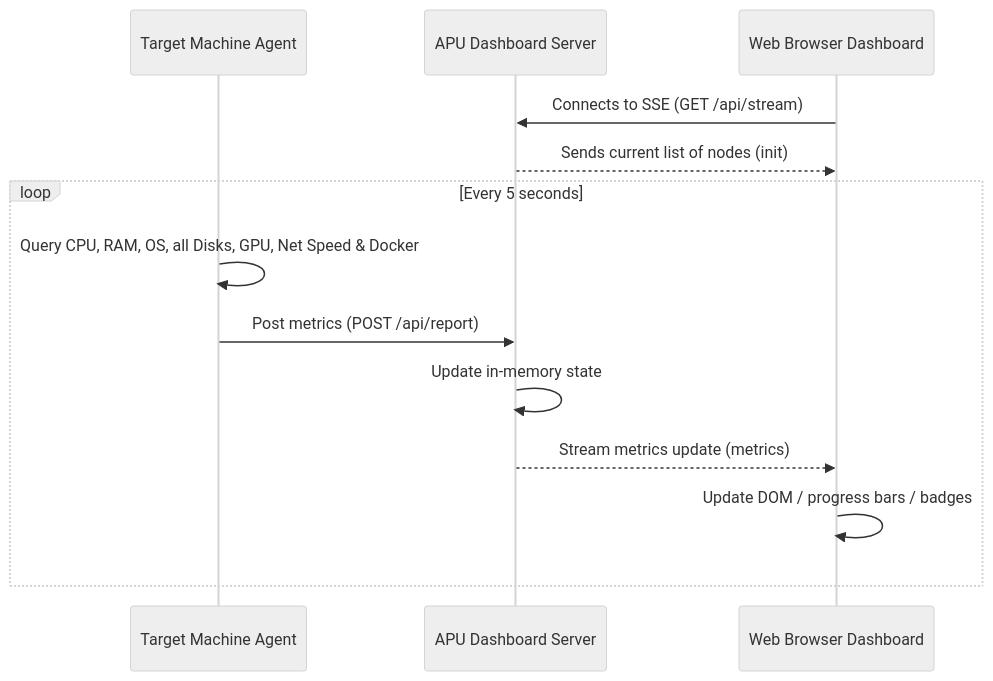
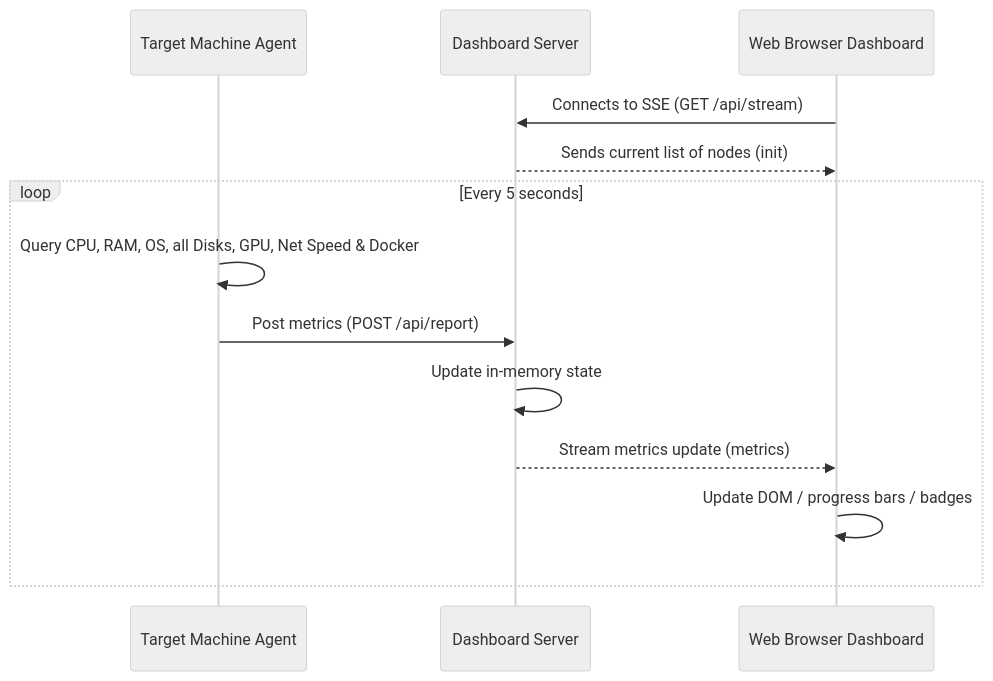
One commit to Muhammad-Haziq911/monitoringDashboard changed the diagram in README.md. Above: the diagram before and after it, drawn with Mermaid (neutral theme). The commit also changed other lines of this file and 3 other files, not shown here.

Commit message:
chore: Sanitize public code and docs to remove target architecture references

````diff
--- a/README.md
+++ b/README.md
@@ -30,17 +30,17 @@
 ```mermaid
 sequenceDiagram
     participant Agent as Target Machine Agent
-    participant Backend as APU Dashboard Server
+    participant Backend as Dashboard Server
     participant Browser as Web Browser Dashboard
 
     Browser->>Backend: Connects to SSE (GET /api/stream)
     Backend-->>Browser: Sends current list of nodes (init)
     
     loop Every 5 seconds
         Agent->>Agent: Query CPU, RAM, OS, all Disks, GPU, Net Speed & Docker
         Agent->>Backend: Post metrics (POST /api/report)
         Backend->>Backend: Update in-memory state
         Backend-->>Browser: Stream metrics update (metrics)
         Browser->>Browser: Update DOM / progress bars / badges
     end
 ```
````
